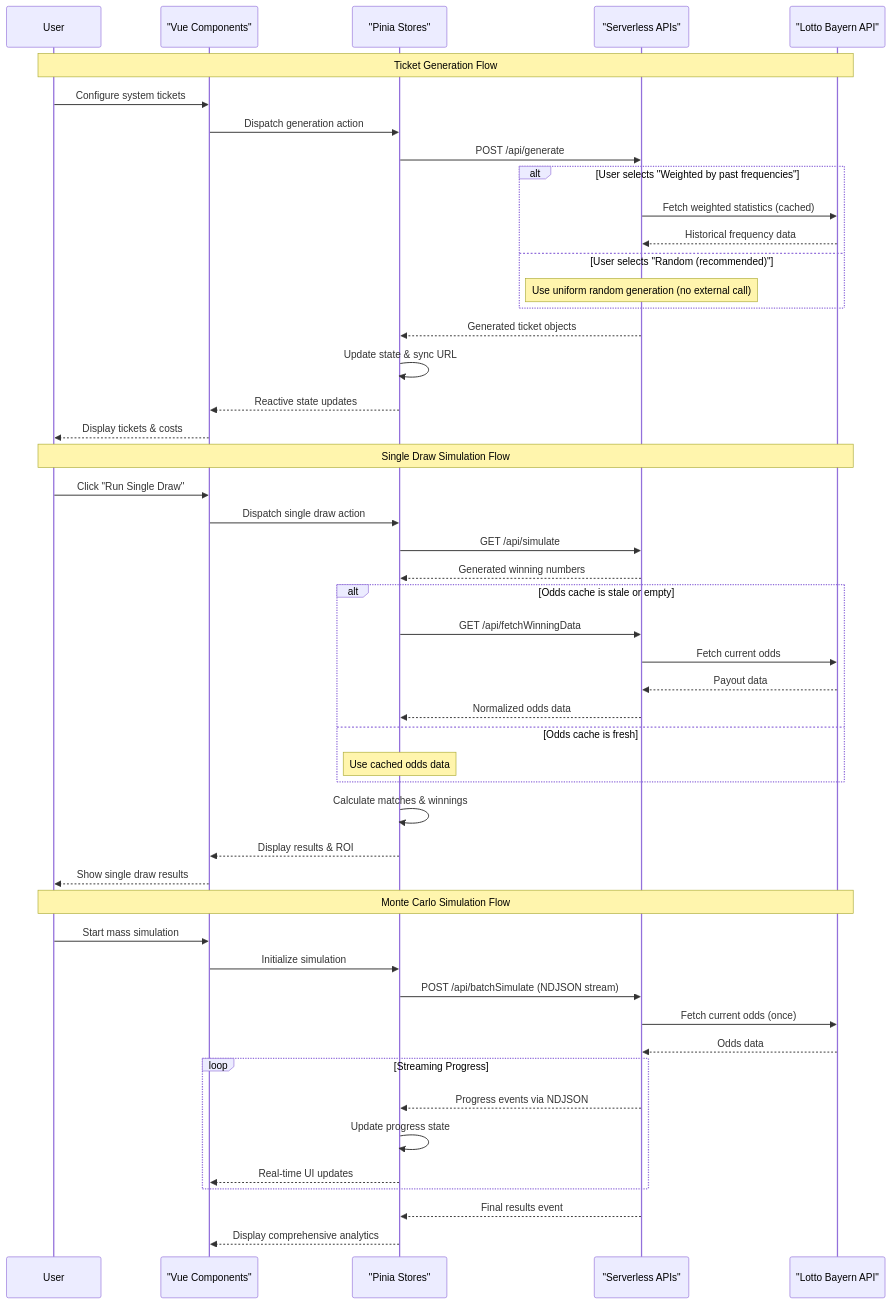
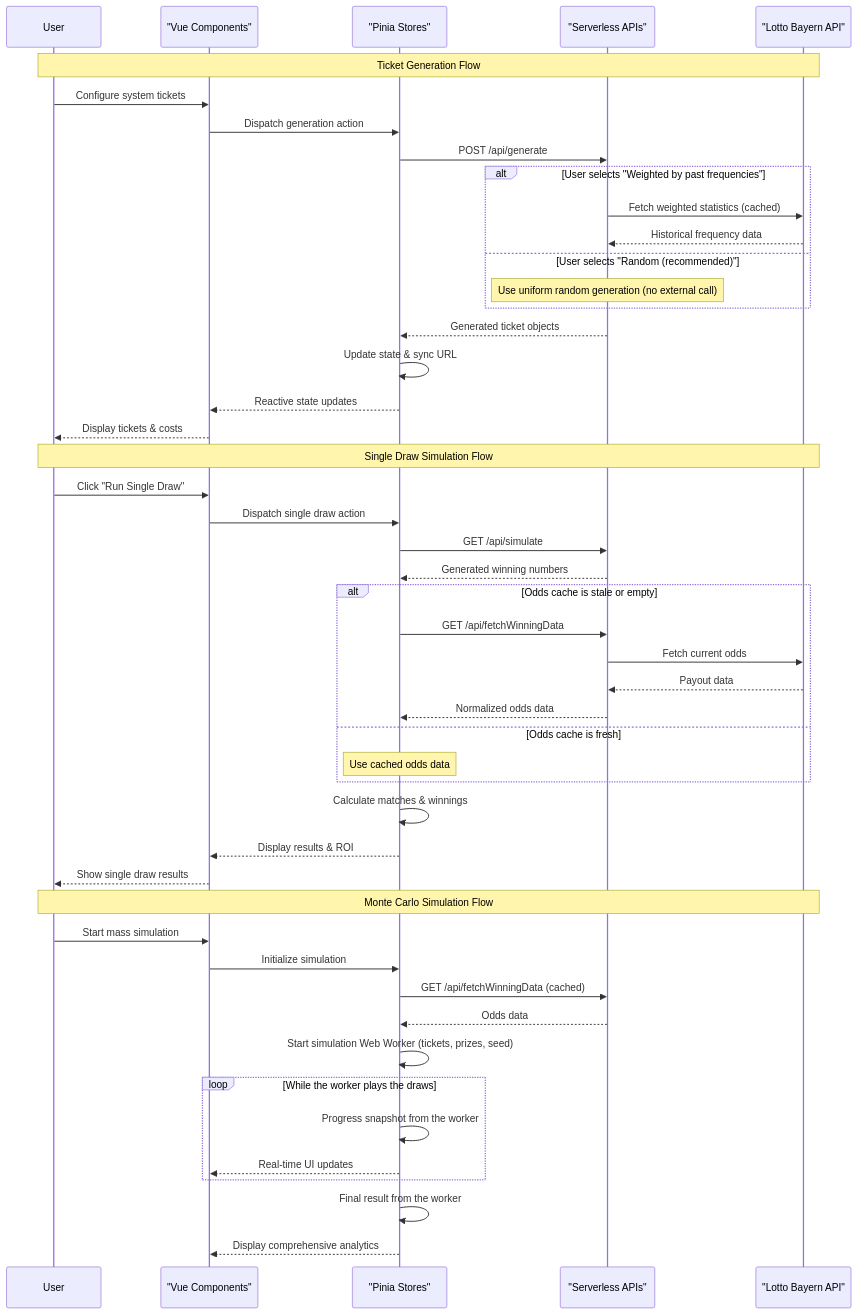
One commit to valentinvieriu/EuroJackpotGenerator changed the diagram in ai_docs/ARCHITECTURE.md. Above: the diagram before and after it, drawn with Mermaid. The commit also changed other lines of this file and 29 other files, not shown here.

First line of the commit message:
feat: run the Monte Carlo engine in a client-side Web Worker

````diff
--- a/ai_docs/ARCHITECTURE.md
+++ b/ai_docs/ARCHITECTURE.md
@@ -17,60 +17,59 @@
 ```mermaid
 sequenceDiagram
     participant User
     participant Frontend as "Vue Components"
     participant Store as "Pinia Stores"
     participant API as "Serverless APIs"
     participant External as "Lotto Bayern API"
 
     Note over User, External: Ticket Generation Flow
     User->>Frontend: Configure system tickets
     Frontend->>Store: Dispatch generation action
     Store->>API: POST /api/generate
 
     alt User selects "Weighted by past frequencies"
         API->>External: Fetch weighted statistics (cached)
         External-->>API: Historical frequency data
     else User selects "Random (recommended)"
         Note over API: Use uniform random generation (no external call)
     end
 
     API-->>Store: Generated ticket objects
     Store->>Store: Update state & sync URL
     Store-->>Frontend: Reactive state updates
     Frontend-->>User: Display tickets & costs
 
     Note over User, External: Single Draw Simulation Flow
     User->>Frontend: Click "Run Single Draw"
     Frontend->>Store: Dispatch single draw action
     Store->>API: GET /api/simulate
     API-->>Store: Generated winning numbers
 
     alt Odds cache is stale or empty
         Store->>API: GET /api/fetchWinningData
         API->>External: Fetch current odds
         External-->>API: Payout data
         API-->>Store: Normalized odds data
     else Odds cache is fresh
         Note over Store: Use cached odds data
     end
 
     Store->>Store: Calculate matches & winnings
     Store-->>Frontend: Display results & ROI
     Frontend-->>User: Show single draw results
 
     Note over User, External: Monte Carlo Simulation Flow
     User->>Frontend: Start mass simulation
     Frontend->>Store: Initialize simulation
-    Store->>API: POST /api/batchSimulate (NDJSON stream)
-    API->>External: Fetch current odds (once)
-    External-->>API: Odds data
+    Store->>API: GET /api/fetchWinningData (cached)
+    API-->>Store: Odds data
+    Store->>Store: Start simulation Web Worker (tickets, prizes, seed)
 
-    loop Streaming Progress
-        API-->>Store: Progress events via NDJSON
-        Store->>Store: Update progress state
+    loop While the worker plays the draws
+        Store->>Store: Progress snapshot from the worker
         Store-->>Frontend: Real-time UI updates
     end
 
-    API-->>Store: Final results event
+    Store->>Store: Final result from the worker
     Store-->>Frontend: Display comprehensive analytics
 ```
````
